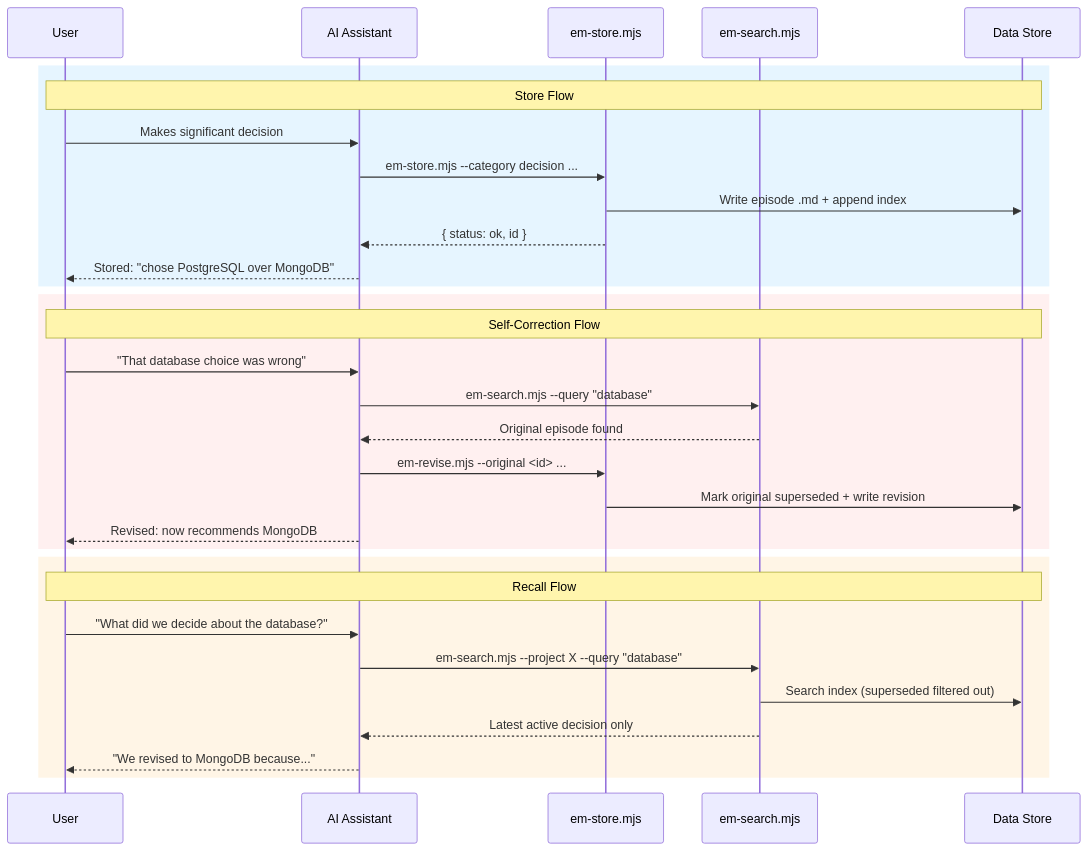
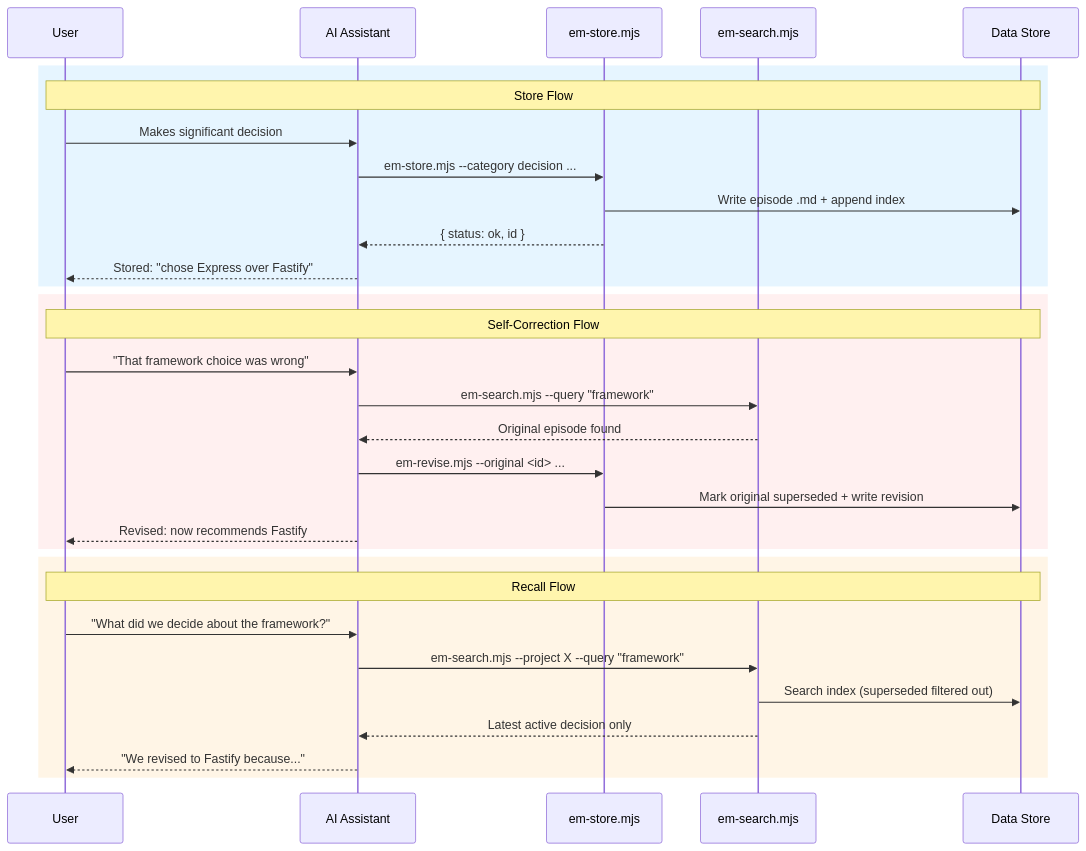
The diagram in README.md (lantisprime/episodic-memory), drawn with Mermaid before and after one commit. The commit also changed other lines of this file, not shown here.

Commit message:
docs: clarify file-based storage, swap database examples to avoid confusion

````diff
--- a/README.md
+++ b/README.md
@@ -15,36 +17,36 @@
 ```mermaid
 sequenceDiagram
     participant U as User
     participant AI as AI Assistant
     participant S as em-store.mjs
     participant R as em-search.mjs
     participant FS as Data Store
 
     rect rgb(230, 245, 255)
     Note over U,FS: Store Flow
     U->>AI: Makes significant decision
     AI->>S: em-store.mjs --category decision ...
     S->>FS: Write episode .md + append index
     S-->>AI: { status: ok, id }
-    AI-->>U: Stored: "chose PostgreSQL over MongoDB"
+    AI-->>U: Stored: "chose Express over Fastify"
     end
 
     rect rgb(255, 240, 240)
     Note over U,FS: Self-Correction Flow
-    U->>AI: "That database choice was wrong"
-    AI->>R: em-search.mjs --query "database"
+    U->>AI: "That framework choice was wrong"
+    AI->>R: em-search.mjs --query "framework"
     R-->>AI: Original episode found
     AI->>S: em-revise.mjs --original <id> ...
     S->>FS: Mark original superseded + write revision
-    AI-->>U: Revised: now recommends MongoDB
+    AI-->>U: Revised: now recommends Fastify
     end
 
     rect rgb(255, 245, 230)
     Note over U,FS: Recall Flow
-    U->>AI: "What did we decide about the database?"
-    AI->>R: em-search.mjs --project X --query "database"
+    U->>AI: "What did we decide about the framework?"
+    AI->>R: em-search.mjs --project X --query "framework"
     R->>FS: Search index (superseded filtered out)
     R-->>AI: Latest active decision only
-    AI-->>U: "We revised to MongoDB because..."
+    AI-->>U: "We revised to Fastify because..."
     end
 ```
````
